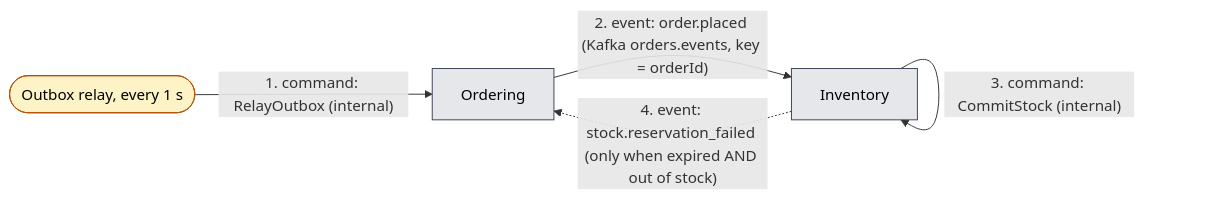
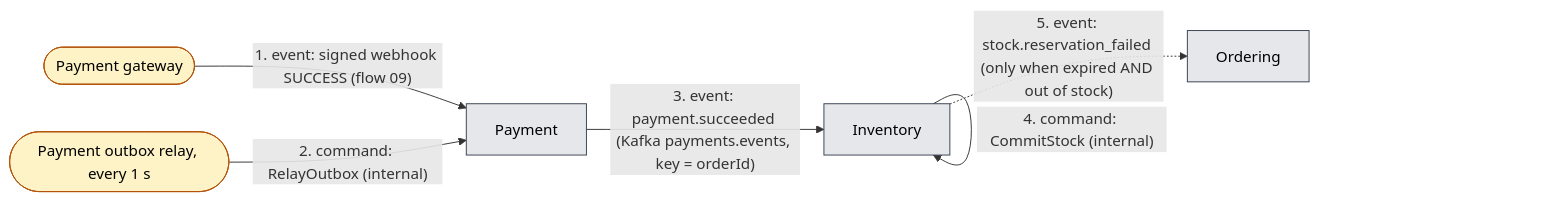
One commit to NamCaoDev/nestjs-ecommerce changed the diagram in docs/message-flows/diagrams/02-commit-stock/01-domain-message-flow-ddd-crew.mmd. Above: the diagram before and after it, drawn with Mermaid. The commit also changed 330 other files, not shown here.

```diff
--- a/docs/message-flows/diagrams/02-commit-stock/01-domain-message-flow-ddd-crew.mmd
+++ b/docs/message-flows/diagrams/02-commit-stock/01-domain-message-flow-ddd-crew.mmd
@@ -1,10 +1,13 @@
 flowchart LR
+  Gateway([Payment gateway]):::actor
+  Payment[Payment]:::context
+  Relay([Payment outbox relay, every 1 s]):::actor
+  Inventory[Inventory]:::context
   Ordering[Ordering]:::context
-  Relay([Outbox relay, every 1 s]):::actor
-  Inventory[Inventory]:::context
-  Relay -- "1. command: RelayOutbox (internal)" --> Ordering
-  Ordering -- "2. event: order.placed (Kafka orders.events, key = orderId)" --> Inventory
-  Inventory -- "3. command: CommitStock (internal)" --> Inventory
-  Inventory -. "4. event: stock.reservation_failed (only when expired AND out of stock)" .-> Ordering
+  Gateway -- "1. event: signed webhook SUCCESS (flow 09)" --> Payment
+  Relay -- "2. command: RelayOutbox (internal)" --> Payment
+  Payment -- "3. event: payment.succeeded (Kafka payments.events, key = orderId)" --> Inventory
+  Inventory -- "4. command: CommitStock (internal)" --> Inventory
+  Inventory -. "5. event: stock.reservation_failed (only when expired AND out of stock)" .-> Ordering
   classDef actor fill:#fef3c7,stroke:#b45309,color:#000
   classDef context fill:#e5e7eb,stroke:#374151,color:#000
```
